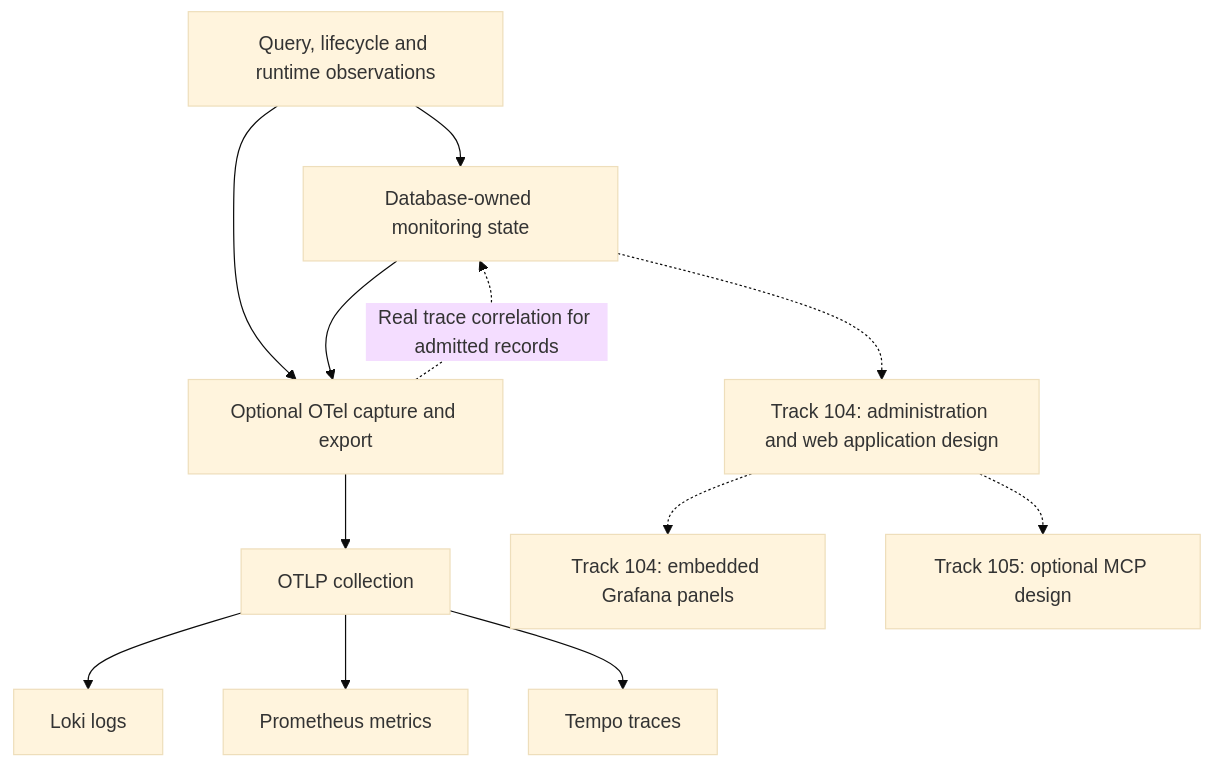
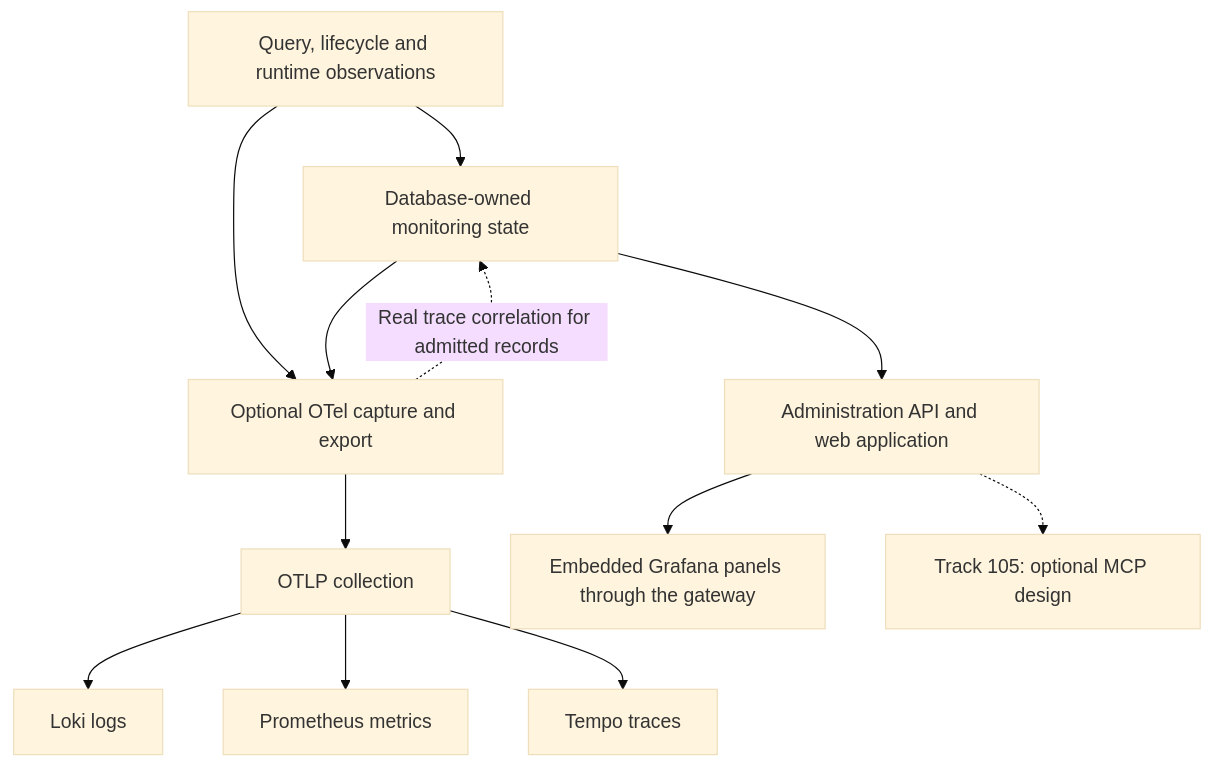
Before and after one commit to JetBrains/youtrackdb: the fifth of 8 diagrams in docs/adr/ytdb-496-opentelemetry-support/_workflow/design.md, drawn with Mermaid (base theme). The commit also changed other lines of this file and 2 other files, not shown here.

First line of the commit message:
Track 104: Design the administration API, web application and query rerun

````diff
--- a/docs/adr/ytdb-496-opentelemetry-support/_workflow/design.md
+++ b/docs/adr/ytdb-496-opentelemetry-support/_workflow/design.md
@@ -1636,14 +1652,14 @@
 ```mermaid
 flowchart TB
   C[Query, lifecycle and runtime observations] --> D[Database-owned monitoring state]
   C --> O[Optional OTel capture and export]
   D --> O
   O -.->|Real trace correlation for admitted records| D
   O --> P[OTLP collection]
   P --> L[Loki logs]
   P --> R[Prometheus metrics]
   P --> T[Tempo traces]
-  D -.-> A[Track 104: administration and web application design]
-  A -.-> G[Track 104: embedded Grafana panels]
+  D --> A[Administration API and web application]
+  A --> G[Embedded Grafana panels through the gateway]
   A -.-> M[Track 105: optional MCP design]
 ```
````
